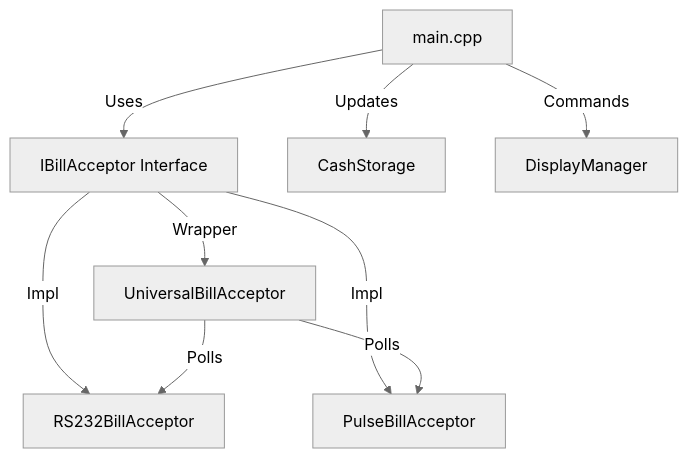
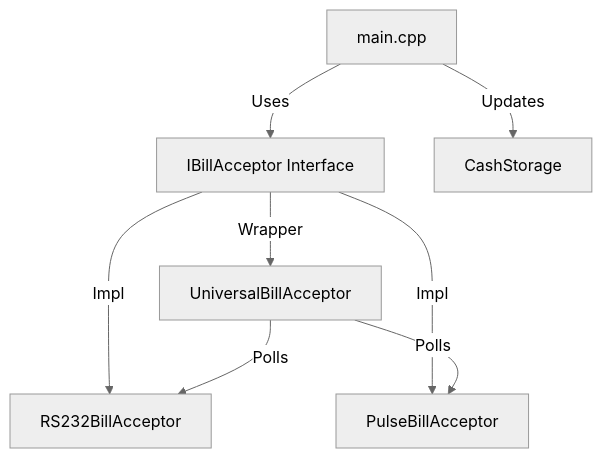
One commit to Probots-Electronics/ESP32-Pulse-RS232-Bill-Acceptor-Driver changed the first of 2 diagrams in docs/ARCHITECTURE.md. Above: the diagram before and after it, drawn with Mermaid (neutral theme). The commit also changed other lines of this file and 3 other files, not shown here.

````diff
--- a/docs/ARCHITECTURE.md
+++ b/docs/ARCHITECTURE.md
@@ -7,13 +7,12 @@
 ```mermaid
 graph TD
     Main[main.cpp] --> |Uses| Acceptor[IBillAcceptor Interface]
     Main --> |Updates| Cash[CashStorage]
-    Main --> |Commands| Display[DisplayManager]
     
     Acceptor --> |Impl| RS232[RS232BillAcceptor]
     Acceptor --> |Impl| Pulse[PulseBillAcceptor]
     Acceptor --> |Wrapper| Universal[UniversalBillAcceptor]
     
     Universal --> |Polls| RS232
     Universal --> |Polls| Pulse
 ```
````
